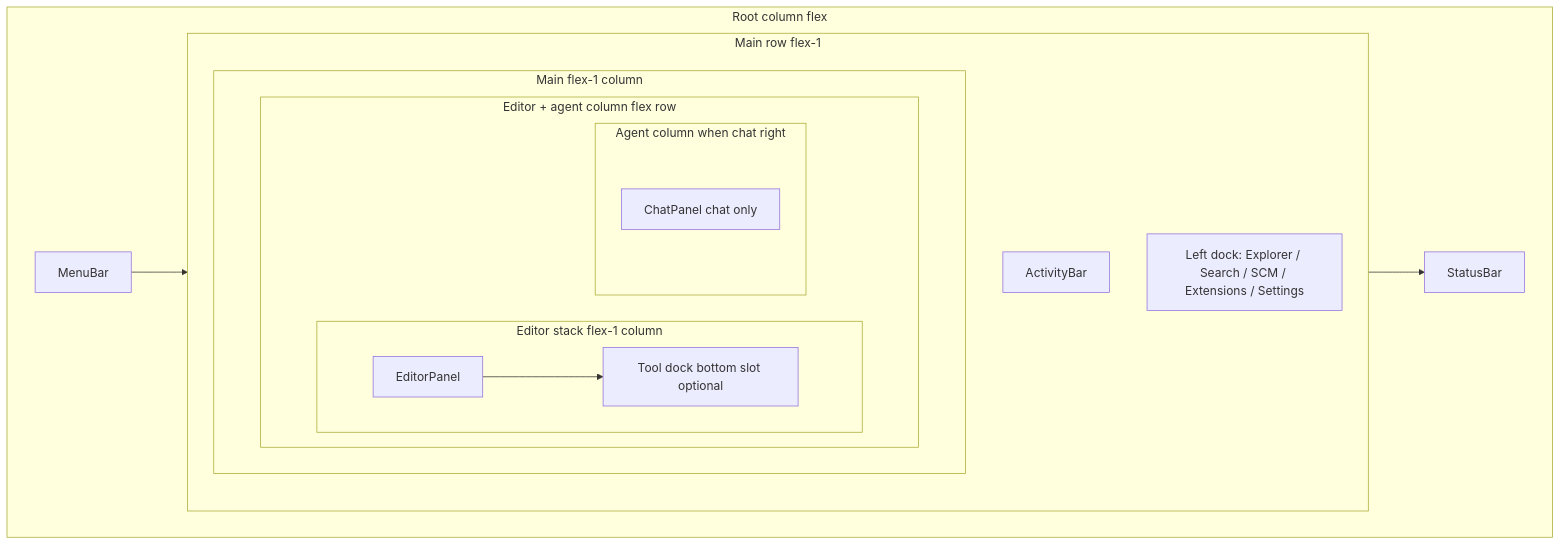
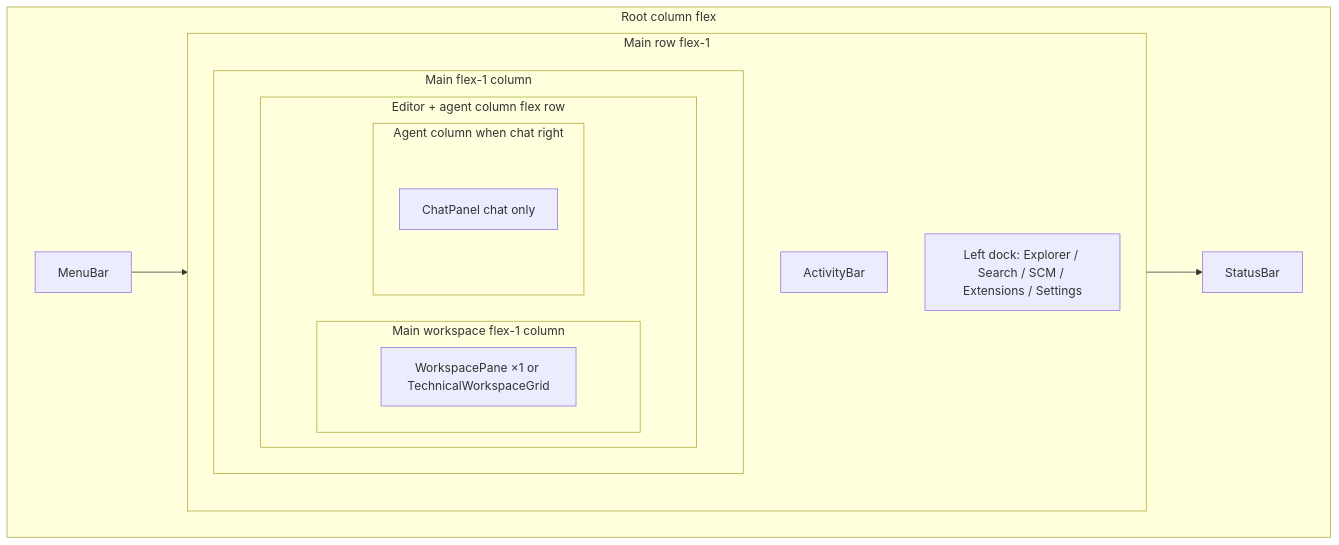
The diagram in docs/WOP_TECHNICAL_UI.md (zerwiz/wayofpi), drawn with Mermaid before and after one commit. The commit also changed other lines of this file and 104 other files, not shown here.

First line of the commit message:
feat(wayofpi-ui): workspace grid, docks, agents, electron shell, docs

````diff
--- a/docs/WOP_TECHNICAL_UI.md
+++ b/docs/WOP_TECHNICAL_UI.md
@@ -84,25 +98,23 @@
 ```mermaid
 flowchart TB
 	subgraph col [Root column flex]
 		MB[MenuBar]
 		subgraph row [Main row flex-1]
 			AB[ActivityBar]
 			LP[Left dock: Explorer / Search / SCM / Extensions / Settings]
 			subgraph main [Main flex-1 column]
 				subgraph centerRow [Editor + agent column flex row]
-					subgraph edStack [Editor stack flex-1 column]
-						ED[EditorPanel]
-						TS[Tool dock bottom slot optional]
-						ED --> TS
+					subgraph edStack [Main workspace flex-1 column]
+						ED[WorkspacePane ×1 or TechnicalWorkspaceGrid]
 					end
 					subgraph agentCol [Agent column when chat right]
 						CH[ChatPanel chat only]
 					end
 				end
 			end
 		end
 		SB[StatusBar]
 	end
 	MB --> row
 	row --> SB
 ```
````
